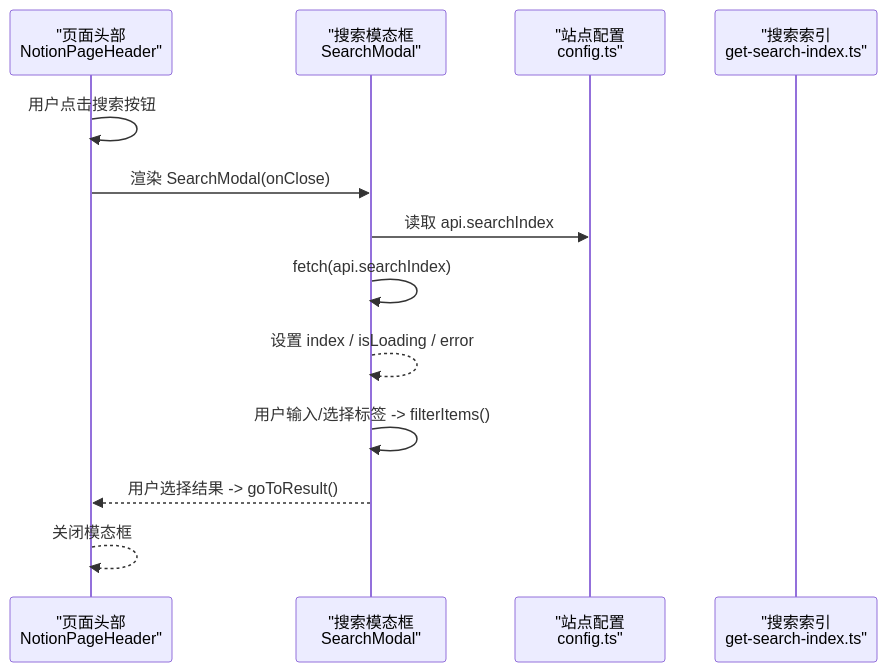
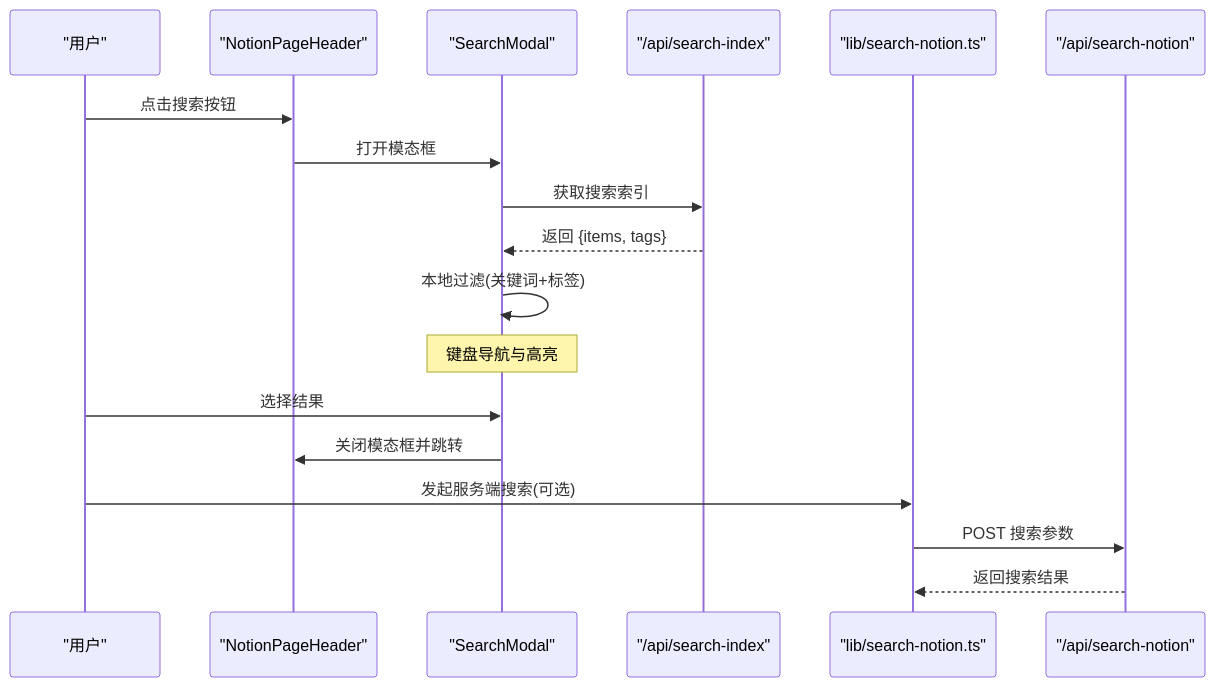
The second of 5 diagrams in .qoder/repowiki/zh/content/搜索功能/搜索 UI 组件.md (PhysicalMouse/nextjs-notion-starter-kit), drawn with Mermaid before and after one commit. The commit also changed other lines of this file and 186 other files, not shown here.

````diff
--- a/.qoder/repowiki/zh/content/搜索功能/搜索 UI 组件.md
+++ b/.qoder/repowiki/zh/content/搜索功能/搜索 UI 组件.md
@@ -79,15 +104,20 @@
 ```mermaid
 sequenceDiagram
-participant Header as "页面头部<br/>NotionPageHeader"
-participant Modal as "搜索模态框<br/>SearchModal"
-participant Config as "站点配置<br/>config.ts"
-participant Index as "搜索索引<br/>get-search-index.ts"
-Header->>Header : 用户点击搜索按钮
-Header->>Modal : 渲染 SearchModal(onClose)
-Modal->>Config : 读取 api.searchIndex
-Modal->>Modal : fetch(api.searchIndex)
-Modal-->>Modal : 设置 index / isLoading / error
-Modal->>Modal : 用户输入/选择标签 -> filterItems()
-Modal-->>Header : 用户选择结果 -> goToResult()
-Header-->>Header : 关闭模态框
+participant User as "用户"
+participant Header as "NotionPageHeader"
+participant Modal as "SearchModal"
+participant APIIdx as "/api/search-index"
+participant LibSearch as "lib/search-notion.ts"
+participant APISearch as "/api/search-notion"
+User->>Header : 点击搜索按钮
+Header->>Modal : 打开模态框
+Modal->>APIIdx : 获取搜索索引
+APIIdx-->>Modal : 返回 {items, tags}
+Modal->>Modal : 本地过滤(关键词+标签)
+Note over Modal : 键盘导航与高亮
+User->>Modal : 选择结果
+Modal->>Header : 关闭模态框并跳转
+User->>LibSearch : 发起服务端搜索(可选)
+LibSearch->>APISearch : POST 搜索参数
+APISearch-->>LibSearch : 返回搜索结果
 ```
````
